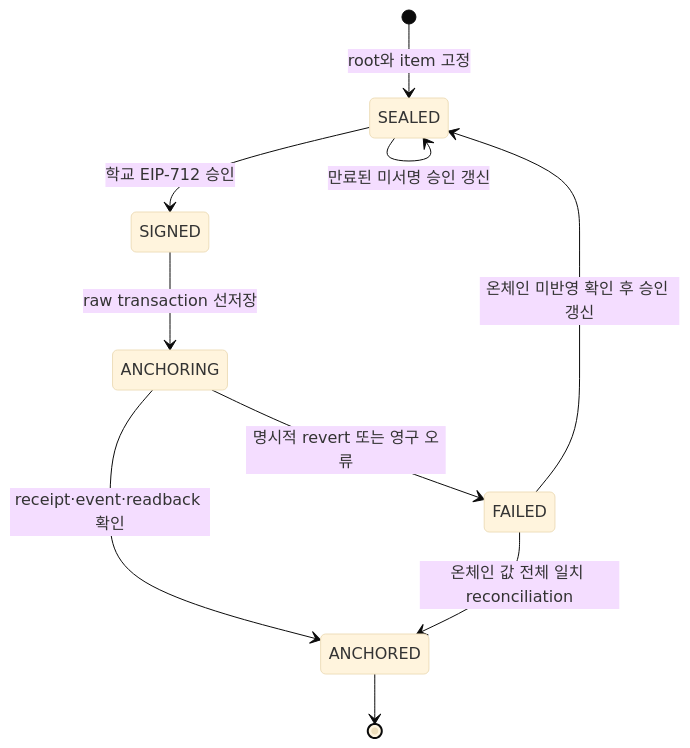
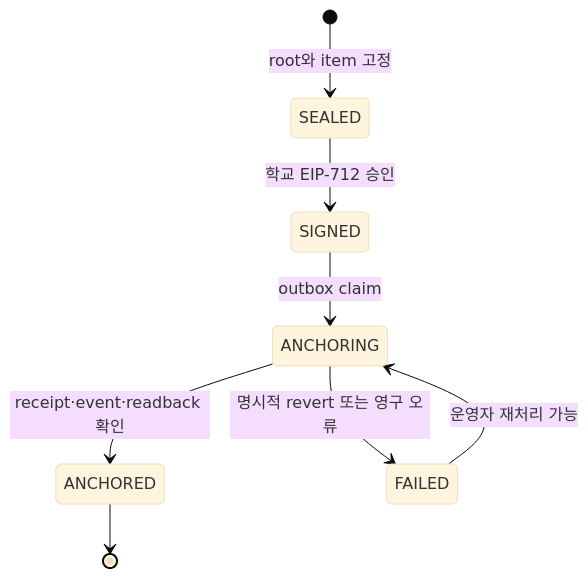
Diagram 16 of 22 in docs/architecture-diagrams.md (Tok-Baro/Trekkey_BackEnd), drawn with Mermaid (base theme) before and after one commit. The commit also changed other lines of this file and 408 other files, not shown here.

````diff
--- a/docs/architecture-diagrams.md
+++ b/docs/architecture-diagrams.md
@@ -476,12 +465,10 @@
 ```mermaid
 stateDiagram-v2
     [*] --> SEALED: root와 item 고정
     SEALED --> SIGNED: 학교 EIP-712 승인
-    SIGNED --> ANCHORING: raw transaction 선저장
+    SIGNED --> ANCHORING: outbox claim
     ANCHORING --> ANCHORED: receipt·event·readback 확인
     ANCHORING --> FAILED: 명시적 revert 또는 영구 오류
-    SEALED --> SEALED: 만료된 미서명 승인 갱신
-    FAILED --> SEALED: 온체인 미반영 확인 후 승인 갱신
-    FAILED --> ANCHORED: 온체인 값 전체 일치 reconciliation
+    FAILED --> ANCHORING: 운영자 재처리 가능
     ANCHORED --> [*]
 ```
````
